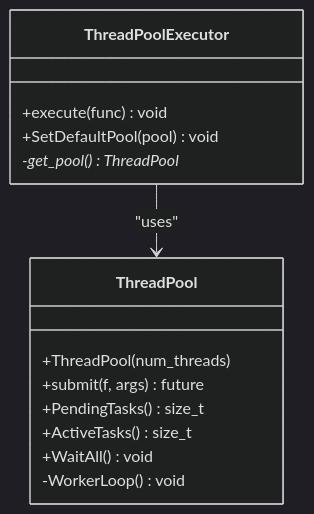
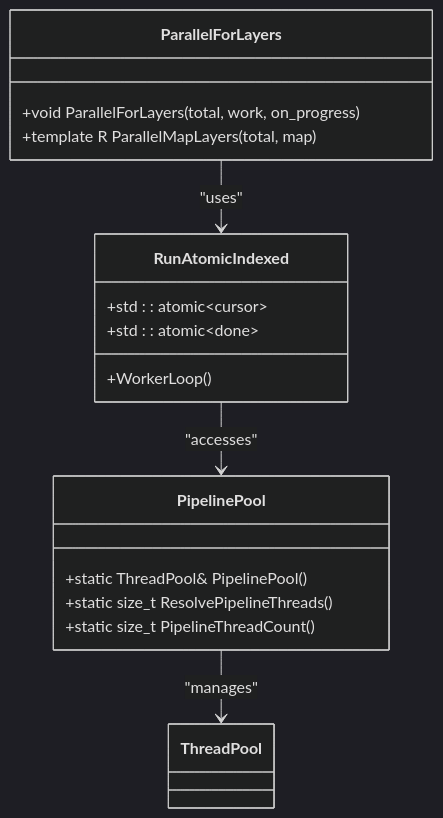
Before and after one commit to hsmbanlance/HsBaSlicer: diagram 11 of 14 in .qoder/repowiki/en/content/Architecture Overview.md, drawn with Mermaid (dark theme). The commit also changed other lines of this file and 365 other files, not shown here.

````diff
--- a/.qoder/repowiki/en/content/Architecture Overview.md
+++ b/.qoder/repowiki/en/content/Architecture Overview.md
@@ -568,17 +589,20 @@
 ```mermaid
 classDiagram
-class ThreadPool {
-+ThreadPool(num_threads)
-+submit(f, args) future
-+PendingTasks() size_t
-+ActiveTasks() size_t
-+WaitAll() void
--WorkerLoop() void
+class PipelinePool {
++static ThreadPool& PipelinePool()
++static size_t ResolvePipelineThreads()
++static size_t PipelineThreadCount()
 }
-class ThreadPoolExecutor {
-+execute(func) void
-+SetDefaultPool(pool) void
--get_pool() ThreadPool*
+class ParallelForLayers {
++void ParallelForLayers(total, work, on_progress)
++template R ParallelMapLayers(total, map)
 }
-ThreadPoolExecutor --> ThreadPool : "uses"
+class RunAtomicIndexed {
++std : : atomic~cursor~
++std : : atomic~done~
++WorkerLoop()
+}
+PipelinePool --> ThreadPool : "manages"
+ParallelForLayers --> RunAtomicIndexed : "uses"
+RunAtomicIndexed --> PipelinePool : "accesses"
 ```
````
